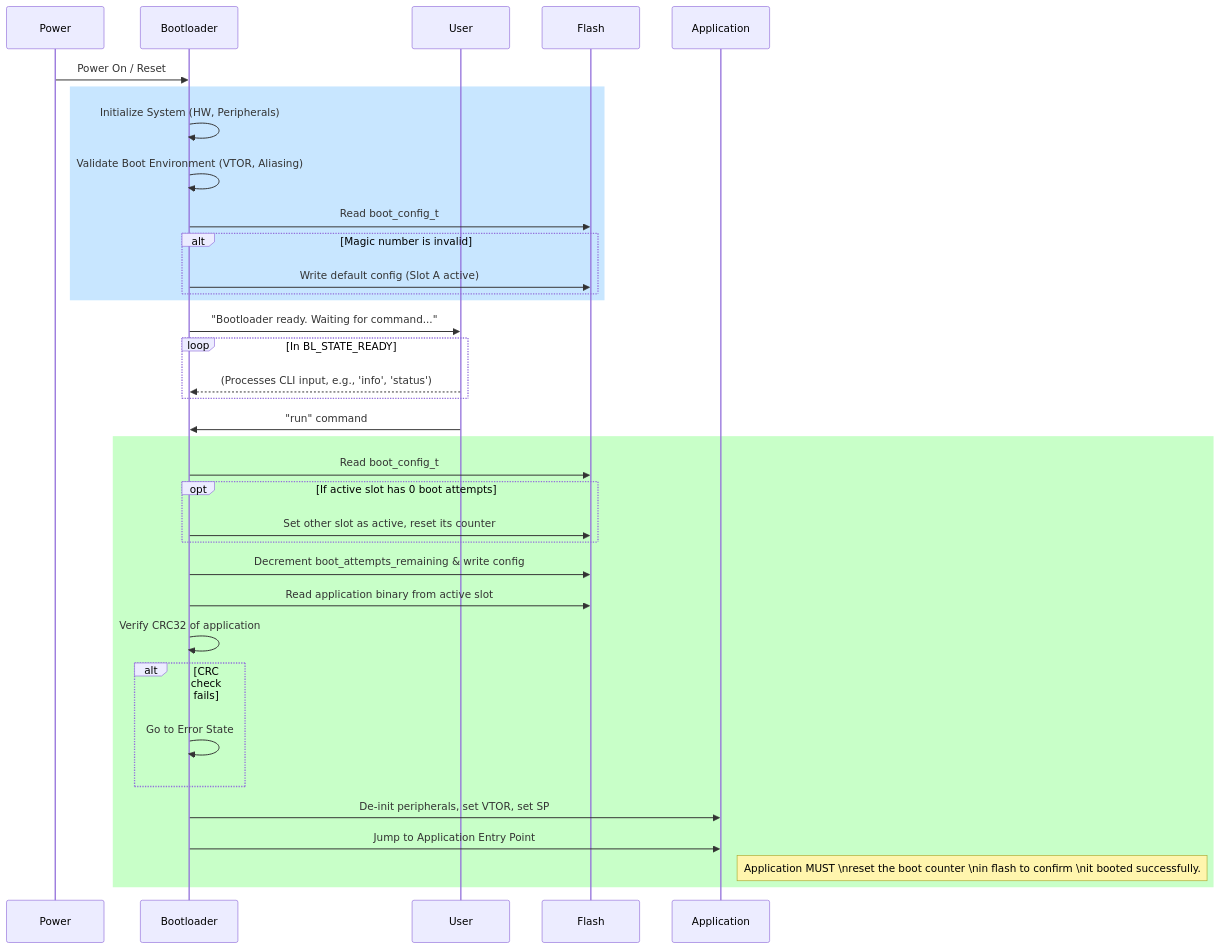
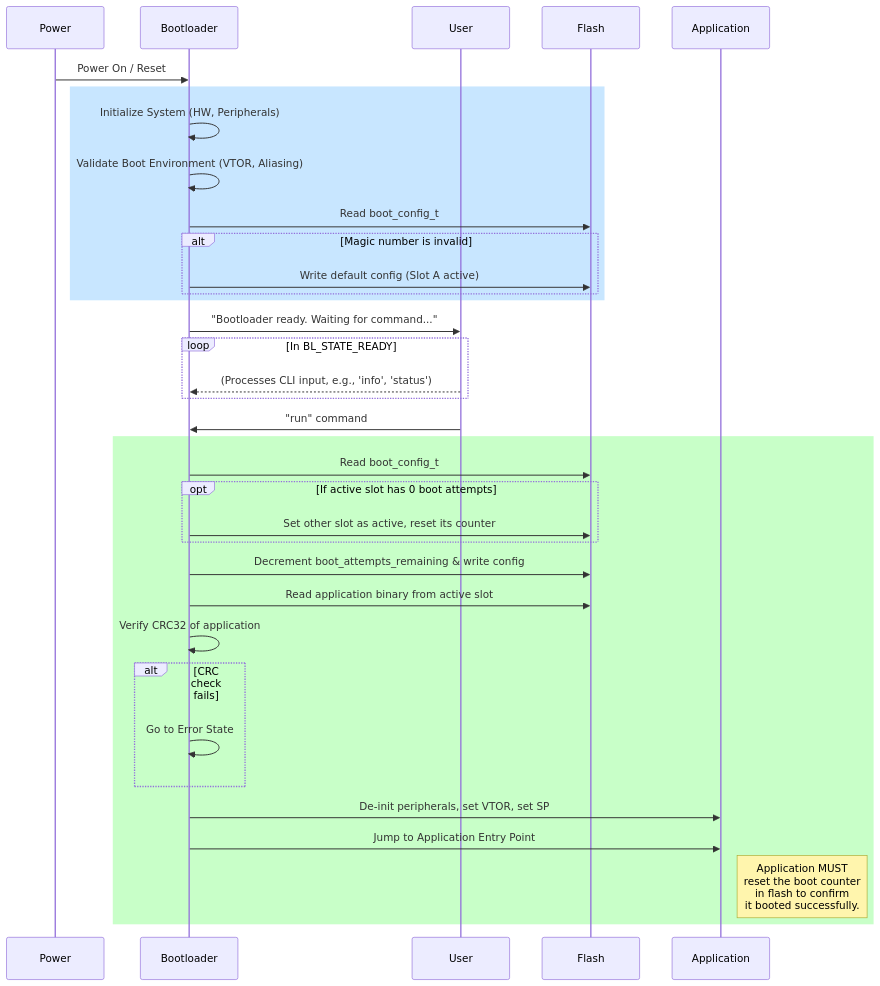
One commit to gerkenmatt/secure-bootloader changed the first of 2 diagrams in docs/architecture.md. Above: the diagram before and after it, drawn with Mermaid.

````diff
--- a/docs/architecture.md
+++ b/docs/architecture.md
@@ -94,47 +94,47 @@
 ```mermaid
 sequenceDiagram
     participant Power
     participant Bootloader
     participant User
     participant Flash
     participant Application
 
     Power->>Bootloader: Power On / Reset
 
     rect rgb(200, 230, 255)
         Bootloader->>Bootloader: Initialize System (HW, Peripherals)
         Bootloader->>Bootloader: Validate Boot Environment (VTOR, Aliasing)
         Bootloader->>Flash: Read boot_config_t
         alt Magic number is invalid
             Bootloader->>Flash: Write default config (Slot A active)
         end
     end
 
     Bootloader->>User: "Bootloader ready. Waiting for command..."
     loop In BL_STATE_READY
         User-->>Bootloader: (Processes CLI input, e.g., 'info', 'status')
     end
 
     User->>Bootloader: "run" command
 
     rect rgb(200, 255, 200)
         Bootloader->>Flash: Read boot_config_t
         opt If active slot has 0 boot attempts
             Bootloader->>Flash: Set other slot as active, reset its counter
         end
 
         Bootloader->>Flash: Decrement boot_attempts_remaining & write config
         Bootloader->>Flash: Read application binary from active slot
         Bootloader->>Bootloader: Verify CRC32 of application
         alt CRC check fails
             Bootloader->>Bootloader: Go to Error State
         end
 
         Bootloader->>Application: De-init peripherals, set VTOR, set SP
         Bootloader->>Application: Jump to Application Entry Point
 
-        Note right of Application: Application MUST \nreset the boot counter \nin flash to confirm \nit booted successfully.
+        Note right of Application: Application MUST <br>reset the boot counter <br>in flash to confirm <br>it booted successfully.
     end
 
 
 ```
````
